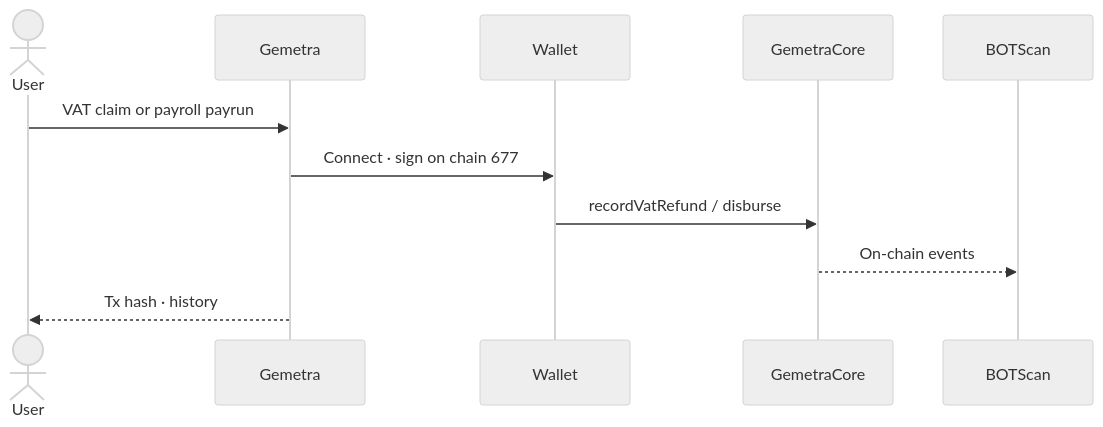
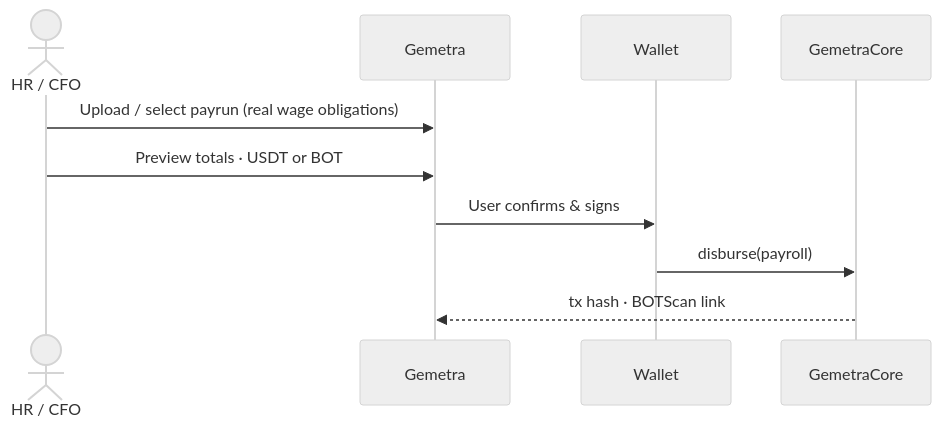
One commit to AmaanSayyad/Gemetra-BotChain changed the fourth of 5 diagrams in README.md. Above: the diagram before and after it, drawn with Mermaid (neutral theme). The commit also changed other lines of this file, not shown here.

First line of the commit message:
Restore detailed mermaid sequence diagrams in README.

````diff
--- a/README.md
+++ b/README.md
@@ -80,14 +156,13 @@
 ```mermaid
 sequenceDiagram
-  actor User
-  participant App as Gemetra
+  actor HR as HR / CFO
+  participant UI as Gemetra
   participant W as Wallet
   participant C as GemetraCore
-  participant X as BOTScan
 
-  User->>App: VAT claim or payroll payrun
-  App->>W: Connect · sign on chain 677
-  W->>C: recordVatRefund / disburse
-  C-->>X: On-chain events
-  App-->>User: Tx hash · history
+  HR->>UI: Upload / select payrun (real wage obligations)
+  HR->>UI: Preview totals · USDT or BOT
+  UI->>W: User confirms & signs
+  W->>C: disburse(payroll)
+  C-->>UI: tx hash · BOTScan link
 ```
````
